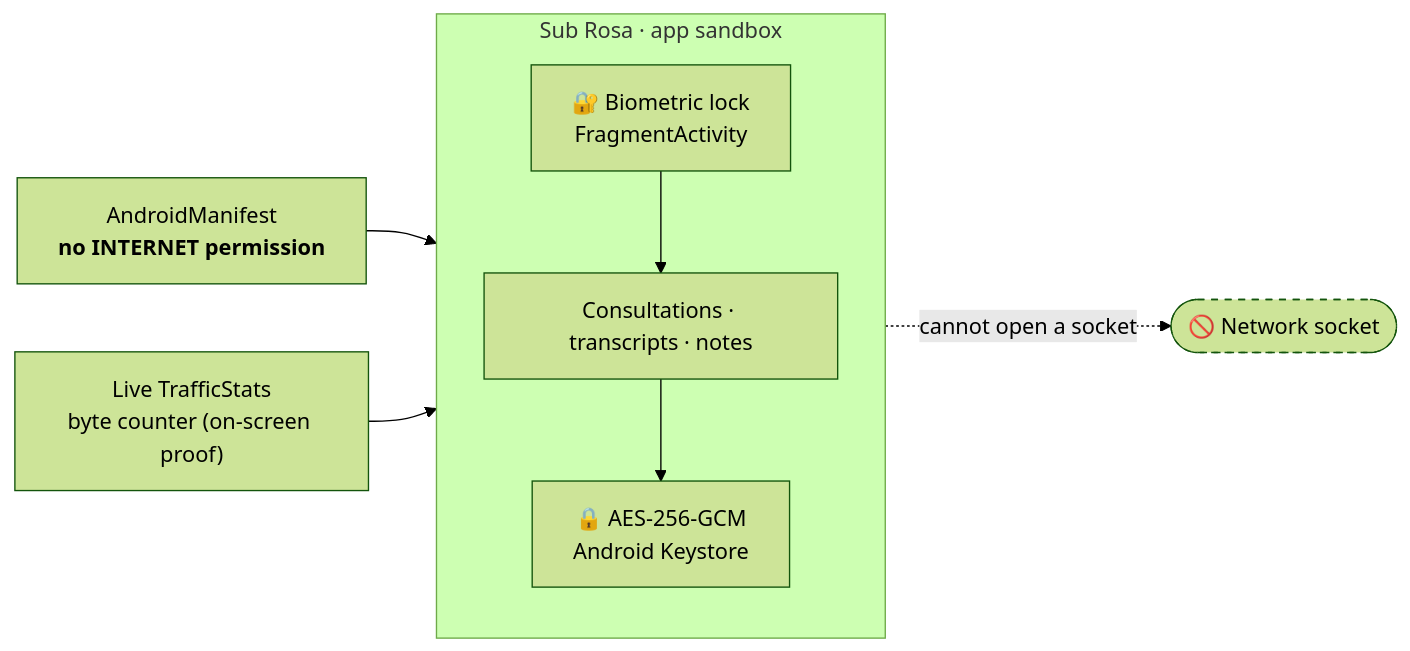
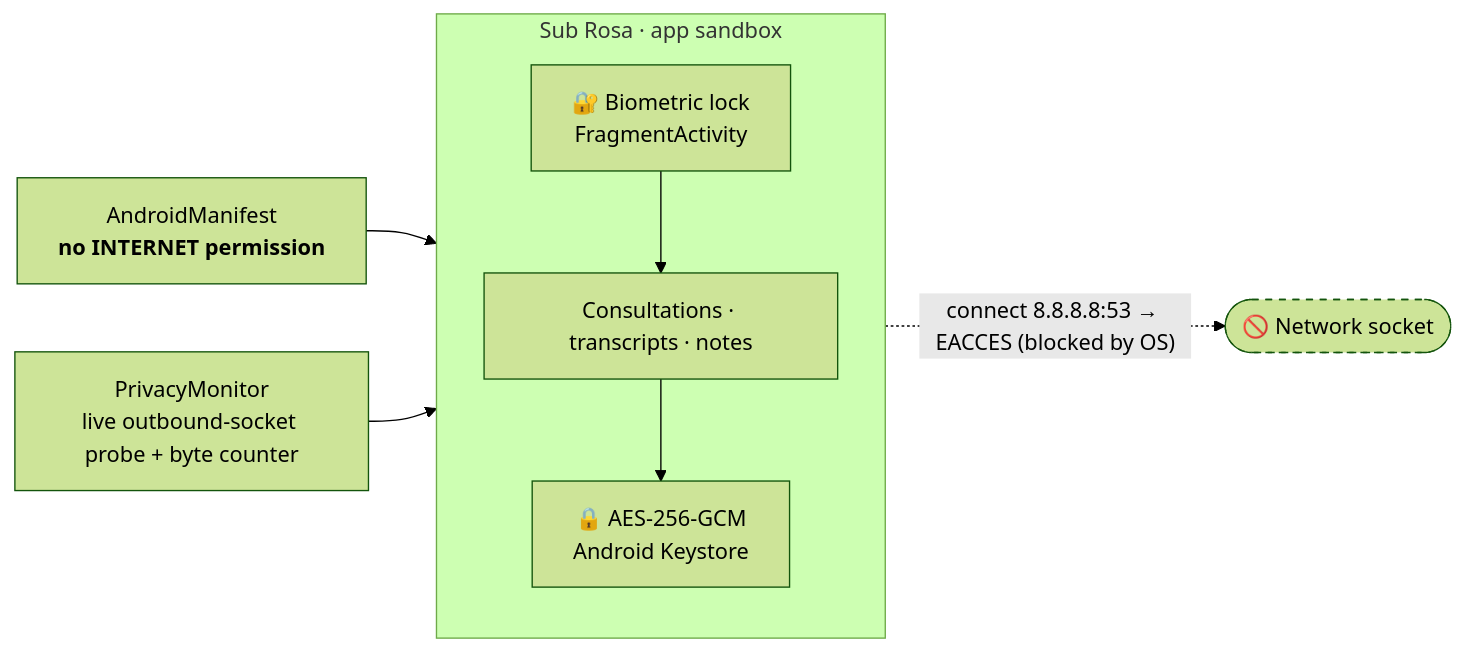
Before and after one commit to Dileep2896/sub-rosa-executorch: the seventh of 8 diagrams in ARCHITECTURE.md, drawn with Mermaid (forest theme). The commit also changed other lines of this file and 1 other file, not shown here.

````diff
--- a/ARCHITECTURE.md
+++ b/ARCHITECTURE.md
@@ -185,17 +197,17 @@
 ```mermaid
 flowchart LR
     subgraph APP["Sub Rosa · app sandbox"]
         DATA["Consultations · transcripts · notes"]
         ENC["🔒 AES-256-GCM<br/>Android Keystore"]
         BIO["🔐 Biometric lock<br/>FragmentActivity"]
         BIO --> DATA
         DATA --> ENC
     end
     MAN["AndroidManifest<br/><b>no INTERNET permission</b>"]
-    PROBE["Live TrafficStats<br/>byte counter (on-screen proof)"]
+    PROBE["PrivacyMonitor<br/>live outbound-socket probe + byte counter"]
     NETX(["🚫 Network socket"])
     MAN --> APP
     PROBE --> APP
-    APP -. "cannot open a socket" .-> NETX
+    APP -. "connect 8.8.8.8:53 → EACCES (blocked by OS)" .-> NETX
     style NETX stroke-dasharray: 5 5
 ```
````
